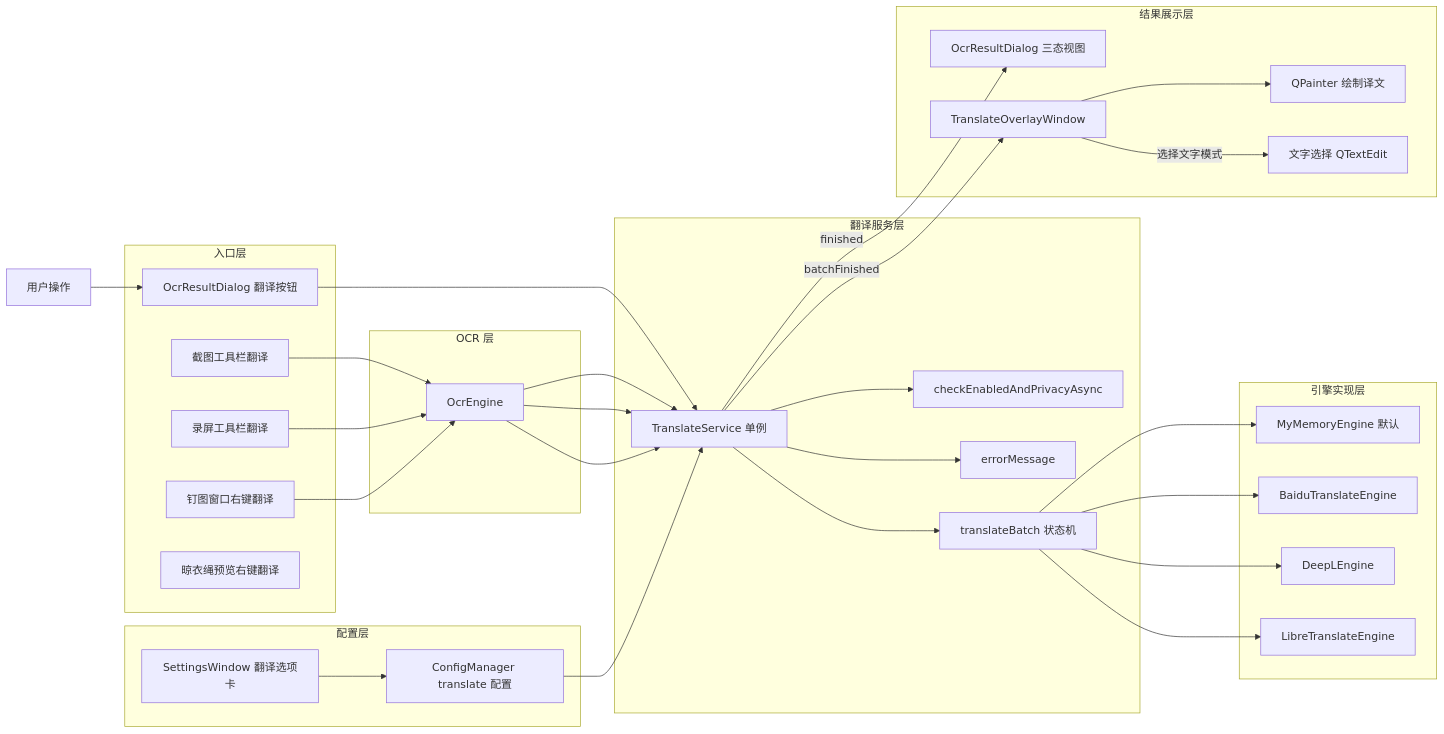
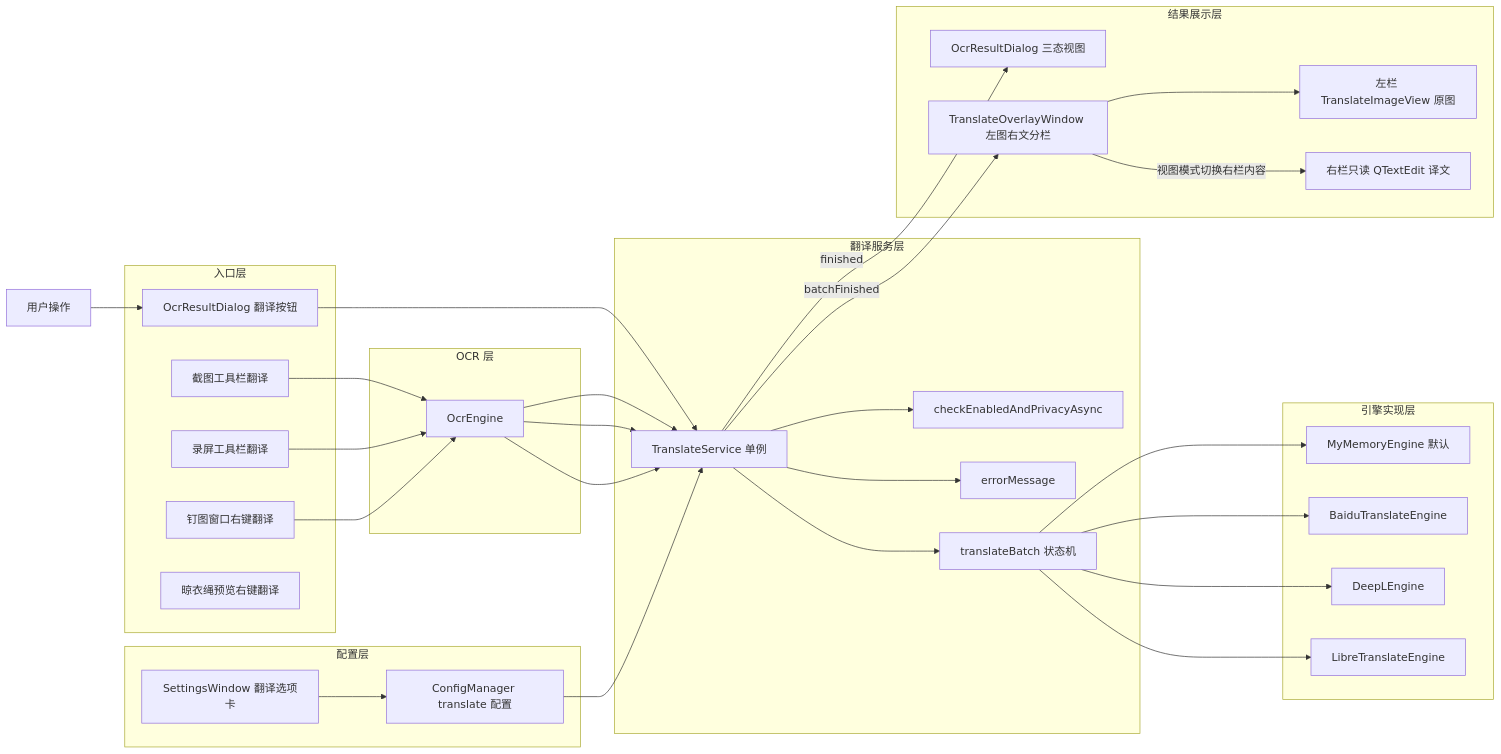
Before and after one commit to ChiangyangNPU/quick-shot: the first of 12 diagrams in docs/translation-design.md, drawn with Mermaid. The commit also changed other lines of this file and 5 other files, not shown here.

````diff
--- a/docs/translation-design.md
+++ b/docs/translation-design.md
@@ -43,59 +42,59 @@
 ```mermaid
 flowchart LR
     U["用户操作"] --> A
     subgraph 入口层
         A["OcrResultDialog 翻译按钮"]
         B["截图工具栏翻译"]
         C["录屏工具栏翻译"]
         D["钉图窗口右键翻译"]
         D2["晾衣绳预览右键翻译"]
     end
 
     subgraph 翻译服务层
         E["TranslateService 单例"]
         E1["checkEnabledAndPrivacyAsync"]
         E2["errorMessage"]
         E3["translateBatch 状态机"]
     end
 
     subgraph OCR 层
         O["OcrEngine"]
     end
 
     subgraph 引擎实现层
         F["MyMemoryEngine 默认"]
         G["BaiduTranslateEngine"]
         H["DeepLEngine"]
         I["LibreTranslateEngine"]
     end
 
     subgraph 结果展示层
         J["OcrResultDialog 三态视图"]
-        K["TranslateOverlayWindow"]
-        K1["QPainter 绘制译文"]
-        K2["文字选择 QTextEdit"]
+        K["TranslateOverlayWindow 左图右文分栏"]
+        K1["左栏 TranslateImageView 原图"]
+        K2["右栏只读 QTextEdit 译文"]
     end
 
     subgraph 配置层
         L["ConfigManager translate 配置"]
         M["SettingsWindow 翻译选项卡"]
     end
 
     A --> E
     B --> O --> E
     C --> O --> E
     D --> O --> E
     E --> E1
     E --> E2
     E --> E3
     E3 --> F
     E3 --> G
     E3 --> H
     E3 --> I
     E -->|finished| J
     E -->|batchFinished| K
     K --> K1
-    K -->|"选择文字模式"| K2
+    K -->|"视图模式切换右栏内容"| K2
     L --> E
     M --> L
 ```
````
